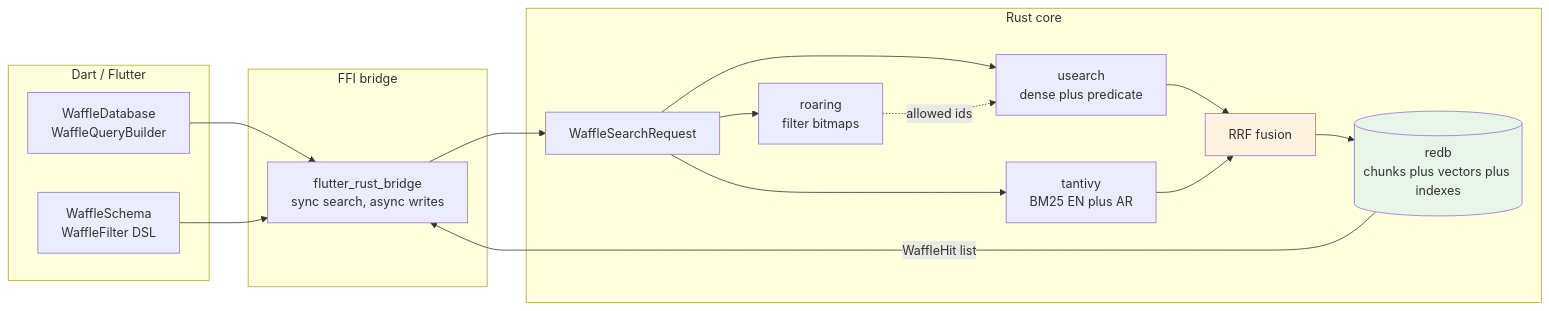
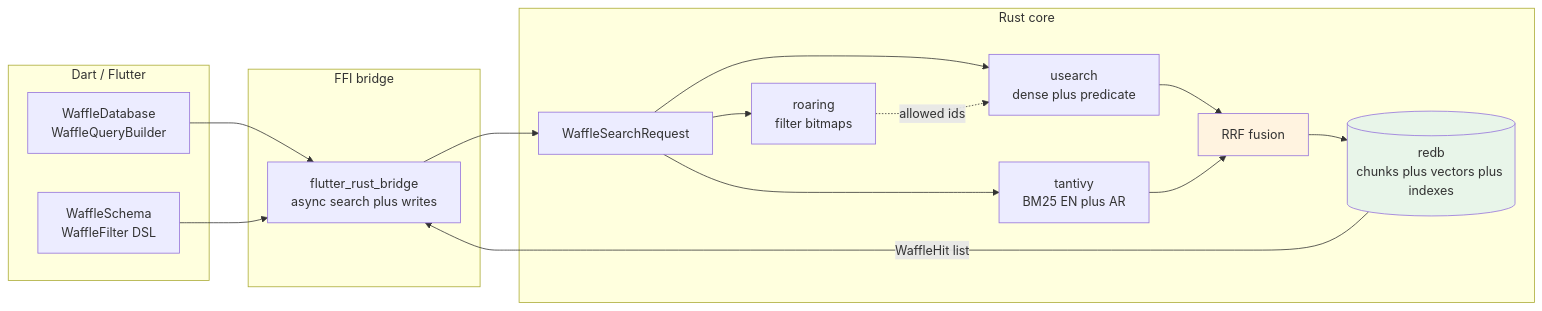
One commit to MostafaSensei106/Waffle-DB changed the second of 8 diagrams in README.md. Above: the diagram before and after it, drawn with Mermaid. The commit also changed other lines of this file and 5 other files, not shown here.

````diff
--- a/README.md
+++ b/README.md
@@ -414,32 +414,32 @@
 ```mermaid
 flowchart LR
     %% Dart surface builds requests; Rust owns all four engines
     subgraph Dart["Dart / Flutter"]
         API[WaffleDatabase<br/>WaffleQueryBuilder]
         DSL[WaffleSchema<br/>WaffleFilter DSL]
     end
     subgraph FFI["FFI bridge"]
-        FRB[flutter_rust_bridge<br/>sync search, async writes]
+        FRB[flutter_rust_bridge<br/>async search plus writes]
     end
     subgraph Rust["Rust core"]
         REQ[WaffleSearchRequest]
         VEC[usearch<br/>dense plus predicate]
         TXT[tantivy<br/>BM25 EN plus AR]
         FLT[roaring<br/>filter bitmaps]
         STO[(redb<br/>chunks plus vectors plus indexes)]
         RRF[RRF fusion]
     end
     API --> FRB
     DSL --> FRB
     FRB --> REQ
     REQ --> VEC
     REQ --> TXT
     REQ --> FLT
     FLT -.->|allowed ids| VEC
     VEC --> RRF
     TXT --> RRF
     RRF --> STO
     STO -->|WaffleHit list| FRB
     style STO fill:#e8f5e9
     style RRF fill:#fff3e0
 ```
````
